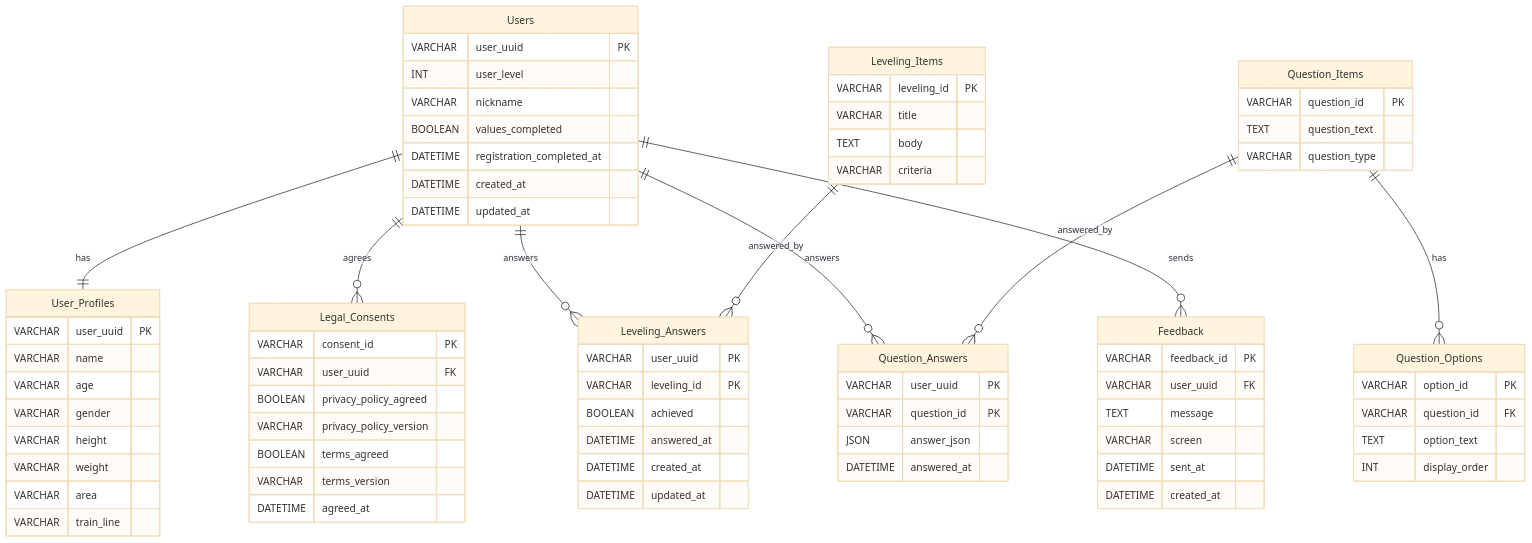
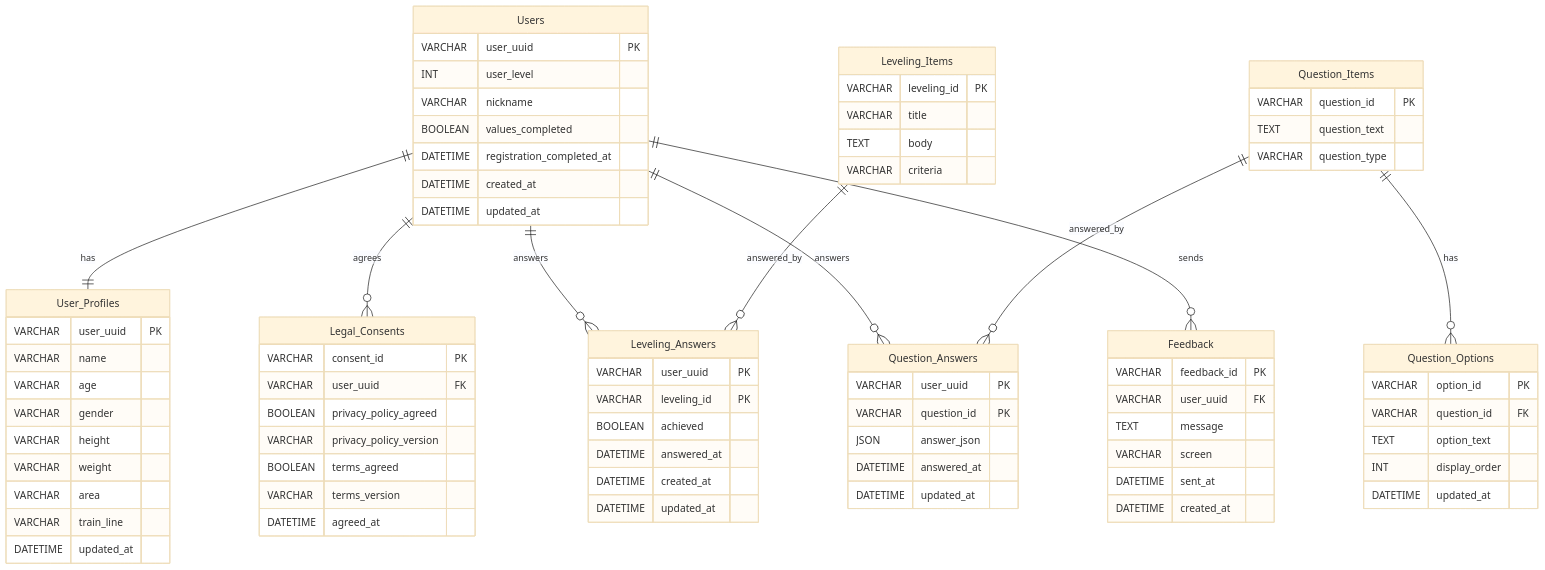
The first of 2 diagrams in workspace/db/TABLE_SPEC.md (Stepwise-developer/Matcher), drawn with Mermaid (base theme) before and after one commit. The commit also changed other lines of this file and 4 other files, not shown here.

```diff
--- a/workspace/db/TABLE_SPEC.md
+++ b/workspace/db/TABLE_SPEC.md
@@ -134,6 +138,7 @@
         VARCHAR weight
         VARCHAR area
         VARCHAR train_line
+        DATETIME updated_at
     }
 
     Legal_Consents {
@@ -173,6 +178,7 @@
         VARCHAR question_id FK
         TEXT option_text
         INT display_order
+        DATETIME updated_at
     }
 
     Question_Answers {
@@ -180,6 +186,7 @@
         VARCHAR question_id PK
         JSON answer_json
         DATETIME answered_at
+        DATETIME updated_at
     }
 
     Feedback {
```
